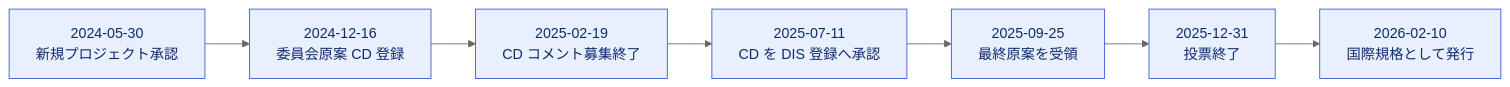
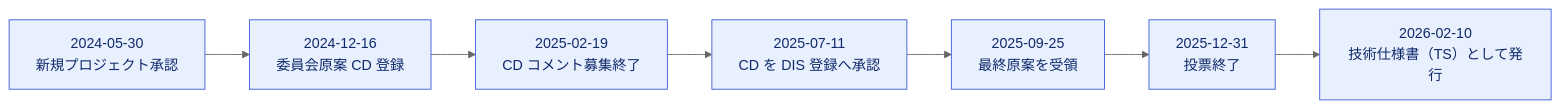
The first of 9 diagrams in Iso-ts-25558-2026-beginner-guide.md (myoshi2891/Quality-Assurance-Studies), drawn with Mermaid (neutral theme) before and after one commit. The commit also changed other lines of this file and 1 other file, not shown here.

````diff
--- a/Iso-ts-25558-2026-beginner-guide.md
+++ b/Iso-ts-25558-2026-beginner-guide.md
@@ -89,12 +89,12 @@
 ```mermaid
 flowchart LR
     L1["2024-05-30<br/>新規プロジェクト承認"] --> L2["2024-12-16<br/>委員会原案 CD 登録"]
     L2 --> L3["2025-02-19<br/>CD コメント募集終了"]
     L3 --> L4["2025-07-11<br/>CD を DIS 登録へ承認"]
     L4 --> L5["2025-09-25<br/>最終原案を受領"]
     L5 --> L6["2025-12-31<br/>投票終了"]
-    L6 --> L7["2026-02-10<br/>国際規格として発行"]
+    L6 --> L7["2026-02-10<br/>技術仕様書（TS）として発行"]
 
     classDef done fill:#e8f0fe,stroke:#3b5bdb,color:#102a6b
     class L1,L2,L3,L4,L5,L6,L7 done
 ```
````
